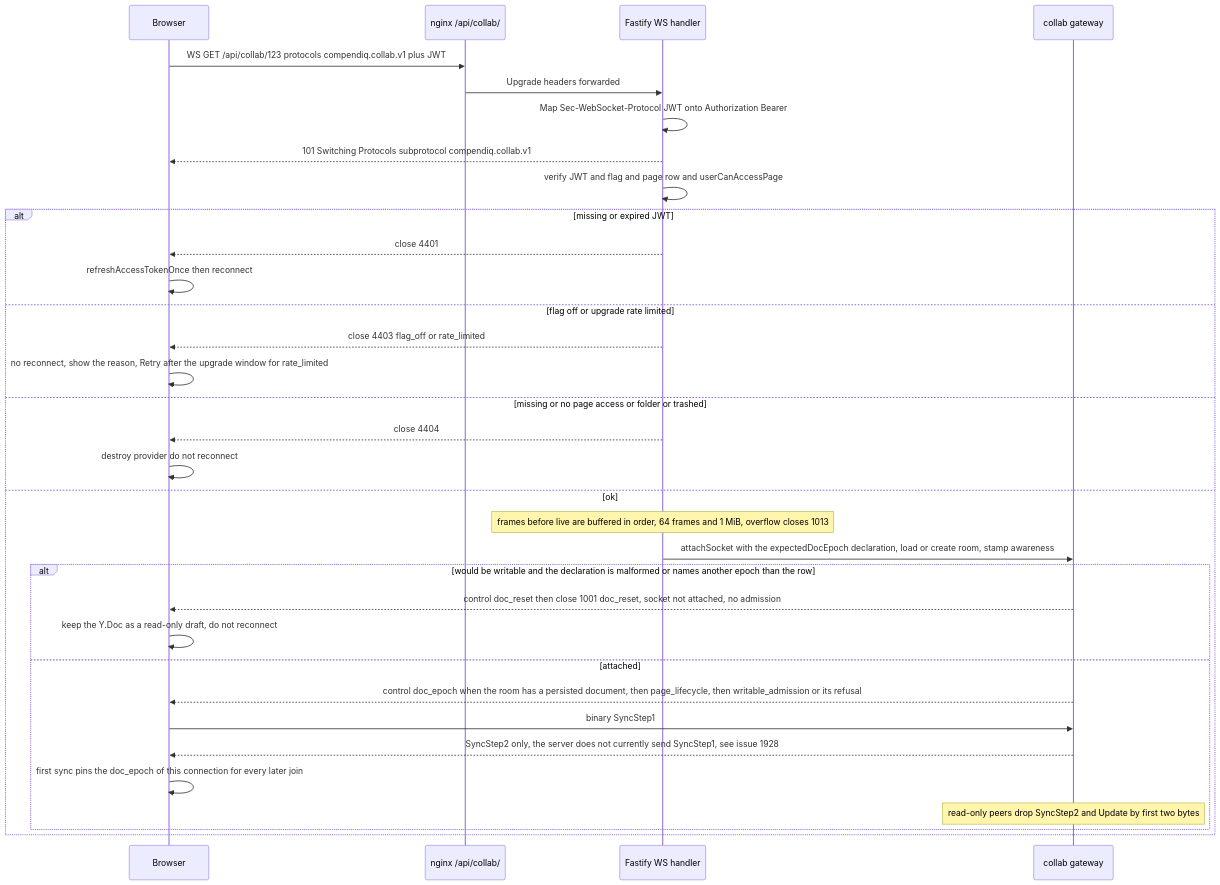
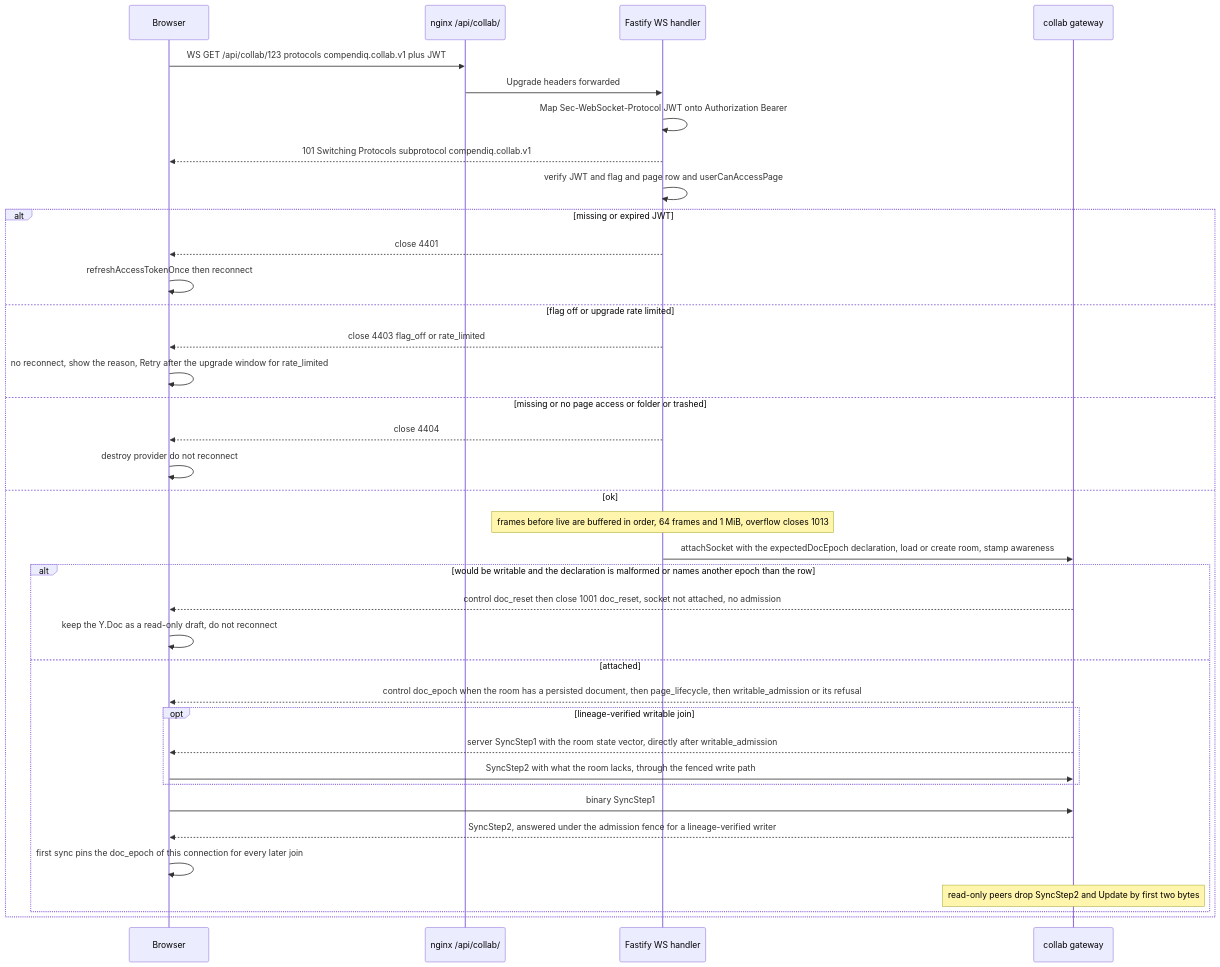
One commit to Compendiq/compendiq-ce changed the second of 3 diagrams in docs/architecture/12-realtime-collaboration.md. Above: the diagram before and after it, drawn with Mermaid. The commit also changed other lines of this file and 6 other files, not shown here.

First line of the commit message:
feat(collab): send one SyncStep1 after a lineage-verified writable join (#1928)

````diff
--- a/docs/architecture/12-realtime-collaboration.md
+++ b/docs/architecture/12-realtime-collaboration.md
@@ -90,36 +90,40 @@
 ```mermaid
 sequenceDiagram
     participant B as Browser
     participant N as nginx /api/collab/
     participant F as Fastify WS handler
     participant G as collab gateway
 
     B->>N: WS GET /api/collab/123 protocols compendiq.collab.v1 plus JWT
     N->>F: Upgrade headers forwarded
     F->>F: Map Sec-WebSocket-Protocol JWT onto Authorization Bearer
     F-->>B: 101 Switching Protocols subprotocol compendiq.collab.v1
     F->>F: verify JWT and flag and page row and userCanAccessPage
     alt missing or expired JWT
         F-->>B: close 4401
         B->>B: refreshAccessTokenOnce then reconnect
     else flag off or upgrade rate limited
         F-->>B: close 4403 flag_off or rate_limited
         B->>B: no reconnect, show the reason, Retry after the upgrade window for rate_limited
     else missing or no page access or folder or trashed
         F-->>B: close 4404
         B->>B: destroy provider do not reconnect
     else ok
         Note over F: frames before live are buffered in order, 64 frames and 1 MiB, overflow closes 1013
         F->>G: attachSocket with the expectedDocEpoch declaration, load or create room, stamp awareness
         alt would be writable and the declaration is malformed or names another epoch than the row
             G-->>B: control doc_reset then close 1001 doc_reset, socket not attached, no admission
             B->>B: keep the Y.Doc as a read-only draft, do not reconnect
         else attached
             G-->>B: control doc_epoch when the room has a persisted document, then page_lifecycle, then writable_admission or its refusal
+            opt lineage-verified writable join
+                G-->>B: server SyncStep1 with the room state vector, directly after writable_admission
+                B->>G: SyncStep2 with what the room lacks, through the fenced write path
+            end
             B->>G: binary SyncStep1
-            G-->>B: SyncStep2 only, the server does not currently send SyncStep1, see issue 1928
+            G-->>B: SyncStep2, answered under the admission fence for a lineage-verified writer
             B->>B: first sync pins the doc_epoch of this connection for every later join
             Note over G: read-only peers drop SyncStep2 and Update by first two bytes
         end
     end
 ```
````
